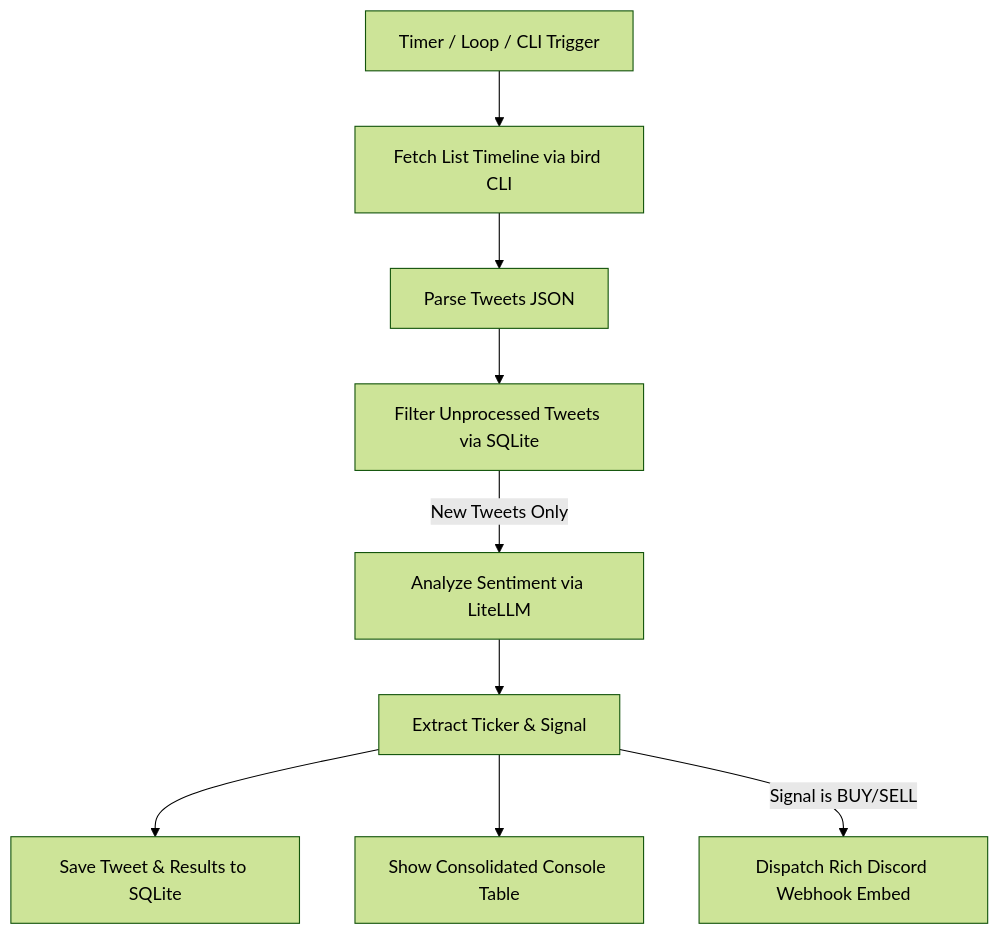
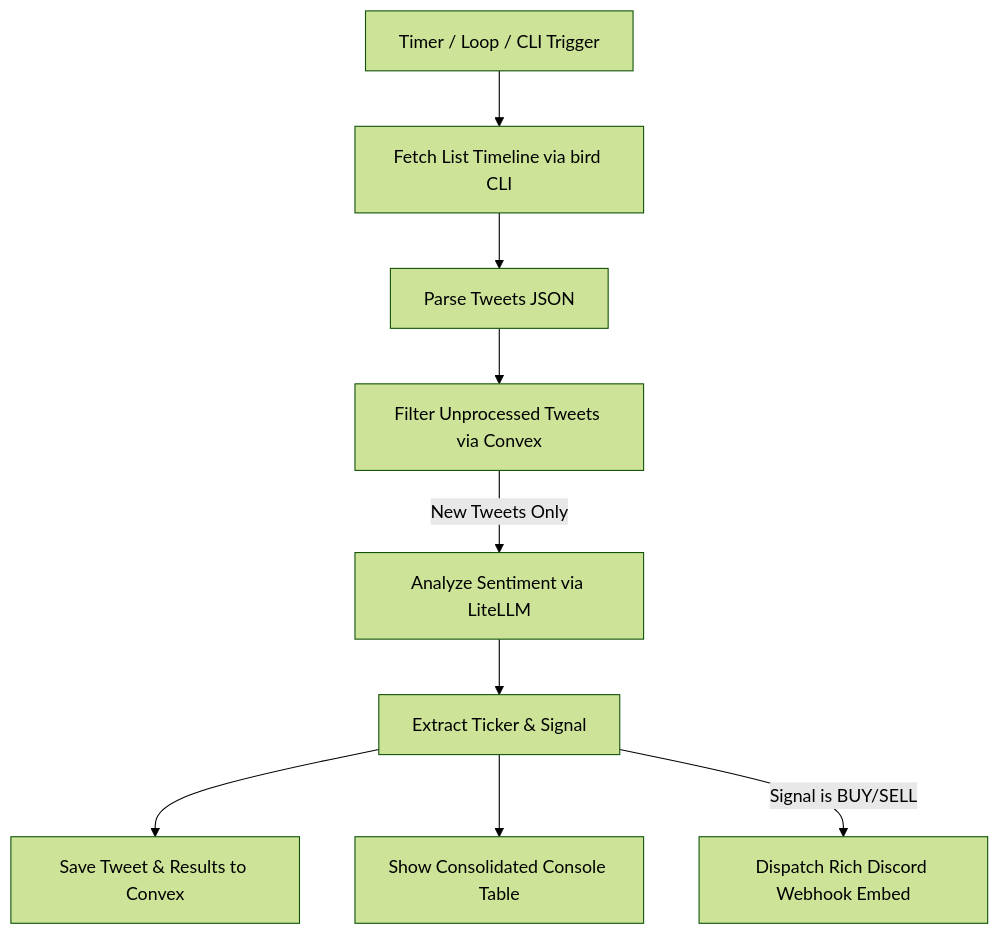
Before and after one commit to dcimring/tweet-alpha: the diagram in architecture.md, drawn with Mermaid (forest theme). The commit also changed other lines of this file and 18 other files, not shown here.

````diff
--- a/architecture.md
+++ b/architecture.md
@@ -11,11 +11,11 @@
 ```mermaid
 graph TD
     A[Timer / Loop / CLI Trigger] --> B[Fetch List Timeline via bird CLI]
     B --> C[Parse Tweets JSON]
-    C --> D[Filter Unprocessed Tweets via SQLite]
+    C --> D[Filter Unprocessed Tweets via Convex]
     D -->|New Tweets Only| E[Analyze Sentiment via LiteLLM]
     E --> F[Extract Ticker & Signal]
-    F --> G[Save Tweet & Results to SQLite]
+    F --> G[Save Tweet & Results to Convex]
     F --> H[Show Consolidated Console Table]
     F -->|Signal is BUY/SELL| I[Dispatch Rich Discord Webhook Embed]
 ```
````
